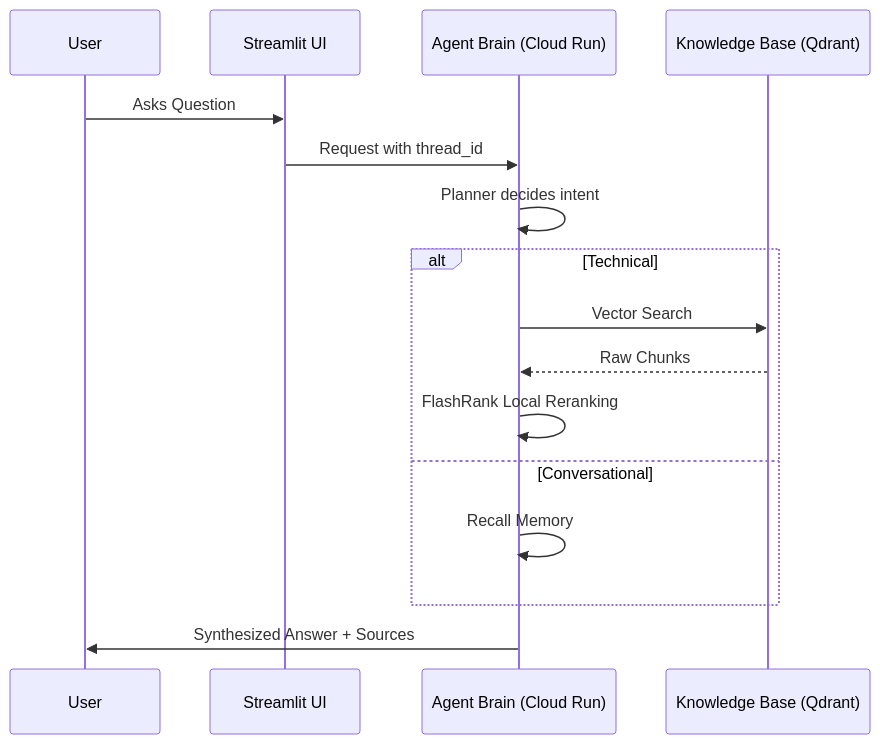
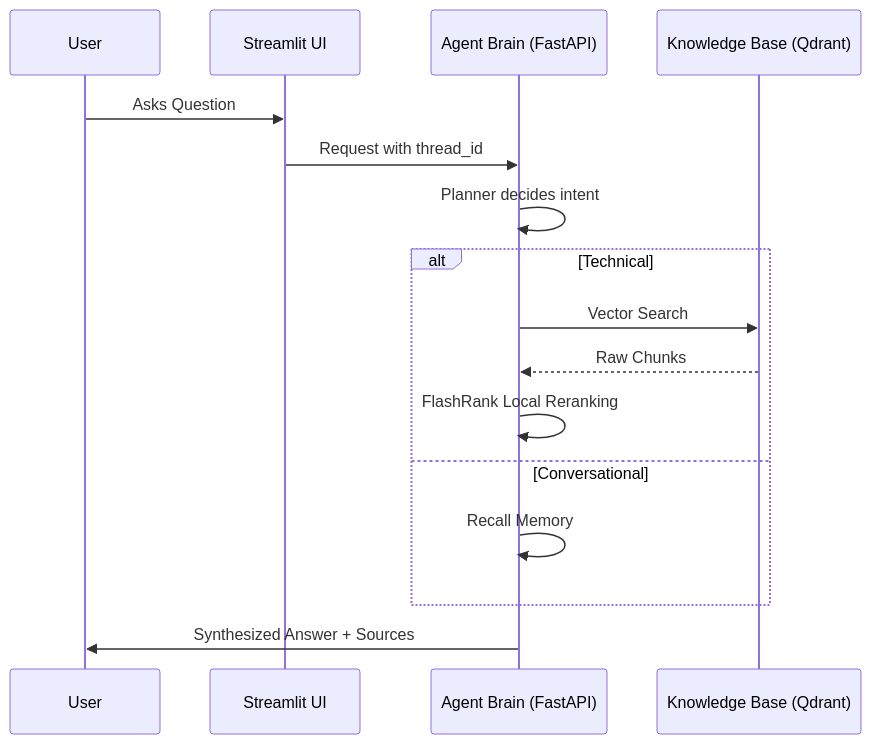
One commit to Ashokultraai/enterprise-rag-with-gcp changed the diagram in DOCS/01_SYSTEM_OVERVIEW.md. Above: the diagram before and after it, drawn with Mermaid. The commit also changed other lines of this file and 19 other files, not shown here.

````diff
--- a/DOCS/01_SYSTEM_OVERVIEW.md
+++ b/DOCS/01_SYSTEM_OVERVIEW.md
@@ -17,19 +19,19 @@
 ```mermaid
 sequenceDiagram
     participant User
     participant UI as Streamlit UI
-    participant Agent as Agent Brain (Cloud Run)
+    participant Agent as Agent Brain (FastAPI)
     participant Data as Knowledge Base (Qdrant)
 
     User->>UI: Asks Question
     UI->>Agent: Request with thread_id
     Agent->>Agent: Planner decides intent
     alt Technical
         Agent->>Data: Vector Search
         Data-->>Agent: Raw Chunks
         Agent->>Agent: FlashRank Local Reranking
     else Conversational
         Agent->>Agent: Recall Memory
     end
     Agent->>User: Synthesized Answer + Sources
 ```
````
